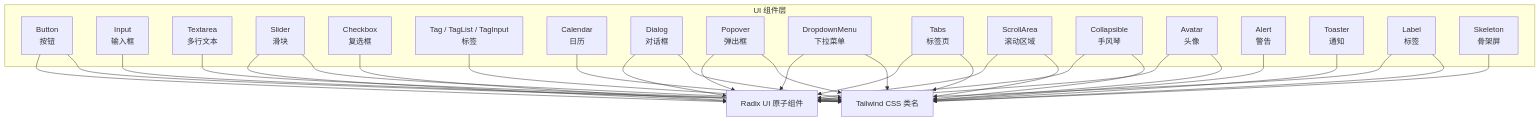
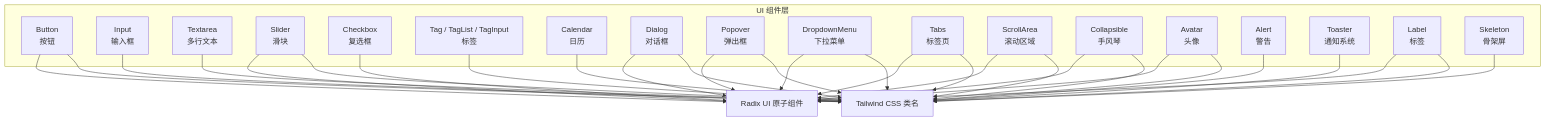
One commit to RadiumAg/image-saas changed the first of 6 diagrams in .qoder/repowiki/zh/content/前端组件架构/UI 组件库/UI 组件库.md. Above: the diagram before and after it, drawn with Mermaid. The commit also changed other lines of this file and 2 other files, not shown here.

````diff
--- a/.qoder/repowiki/zh/content/前端组件架构/UI 组件库/UI 组件库.md
+++ b/.qoder/repowiki/zh/content/前端组件架构/UI 组件库/UI 组件库.md
@@ -49,51 +54,51 @@
 ```mermaid
 graph TB
 subgraph "UI 组件层"
 Btn["Button<br/>按钮"]
 Inp["Input<br/>输入框"]
 Txt["Textarea<br/>多行文本"]
 Sl["Slider<br/>滑块"]
 Ckb["Checkbox<br/>复选框"]
 Tag["Tag / TagList / TagInput<br/>标签"]
 Cal["Calendar<br/>日历"]
 Dia["Dialog<br/>对话框"]
 Pop["Popover<br/>弹出框"]
 Drop["DropdownMenu<br/>下拉菜单"]
 Tab["Tabs<br/>标签页"]
 Scroll["ScrollArea<br/>滚动区域"]
 Coll["Collapsible<br/>手风琴"]
 Av["Avatar<br/>头像"]
 Alert["Alert<br/>警告"]
-Sonner["Toaster<br/>通知"]
+Sonner["Toaster<br/>通知系统"]
 Label["Label<br/>标签"]
 Skel["Skeleton<br/>骨架屏"]
 end
 Btn --> Radix["Radix UI 原子组件"]
 Dia --> Radix
 Pop --> Radix
 Drop --> Radix
 Tab --> Radix
 Scroll --> Radix
 Coll --> Radix
 Av --> Radix
 Ckb --> Radix
 Label --> Radix
 Sl --> Radix
 Btn --> Tailwind["Tailwind CSS 类名"]
 Inp --> Tailwind
 Txt --> Tailwind
 Sl --> Tailwind
 Tag --> Tailwind
 Cal --> Tailwind
 Dia --> Tailwind
 Pop --> Tailwind
 Drop --> Tailwind
 Tab --> Tailwind
 Scroll --> Tailwind
 Coll --> Tailwind
 Av --> Tailwind
 Alert --> Tailwind
 Sonner --> Tailwind
 Label --> Tailwind
 Skel --> Tailwind
 ```
````
